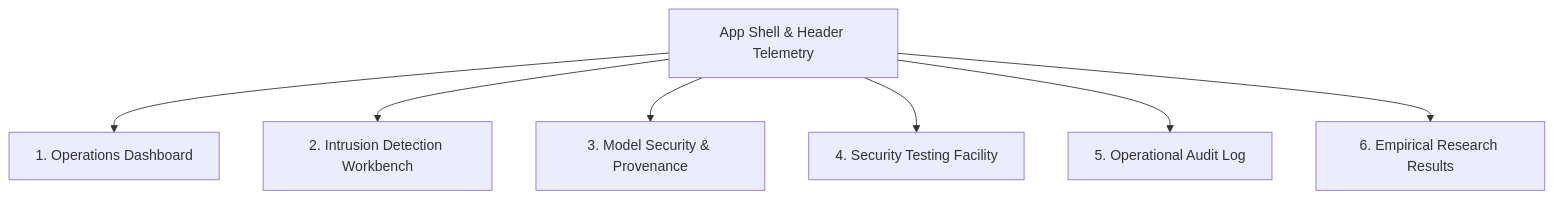
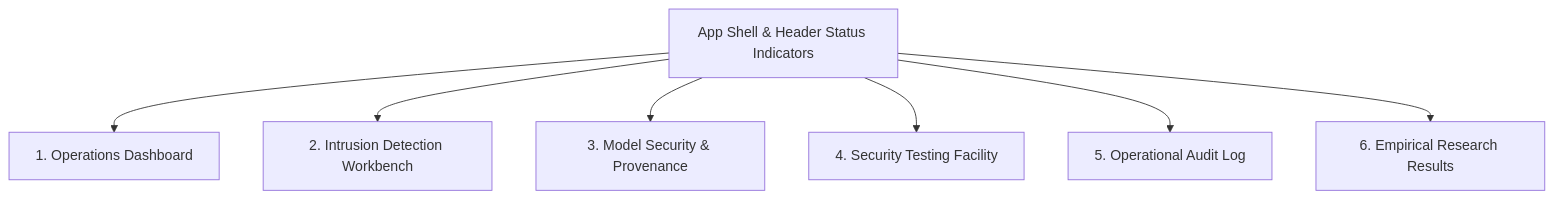
One commit to afrid995/blockchain-ai-iot-ids changed the diagram in reports/phase7b_6_frontend_operations_console_report.md. Above: the diagram before and after it, drawn with Mermaid. The commit also changed other lines of this file and 3 other files, not shown here.

````diff
--- a/reports/phase7b_6_frontend_operations_console_report.md
+++ b/reports/phase7b_6_frontend_operations_console_report.md
@@ -32,9 +32,9 @@
 ```mermaid
 graph TD
-    App[App Shell & Header Telemetry] --> Dash[1. Operations Dashboard]
+    App[App Shell & Header Status Indicators] --> Dash[1. Operations Dashboard]
     App --> Det[2. Intrusion Detection Workbench]
     App --> MSec[3. Model Security & Provenance]
     App --> STest[4. Security Testing Facility]
     App --> Aud[5. Operational Audit Log]
     App --> Res[6. Empirical Research Results]
 ```
````
